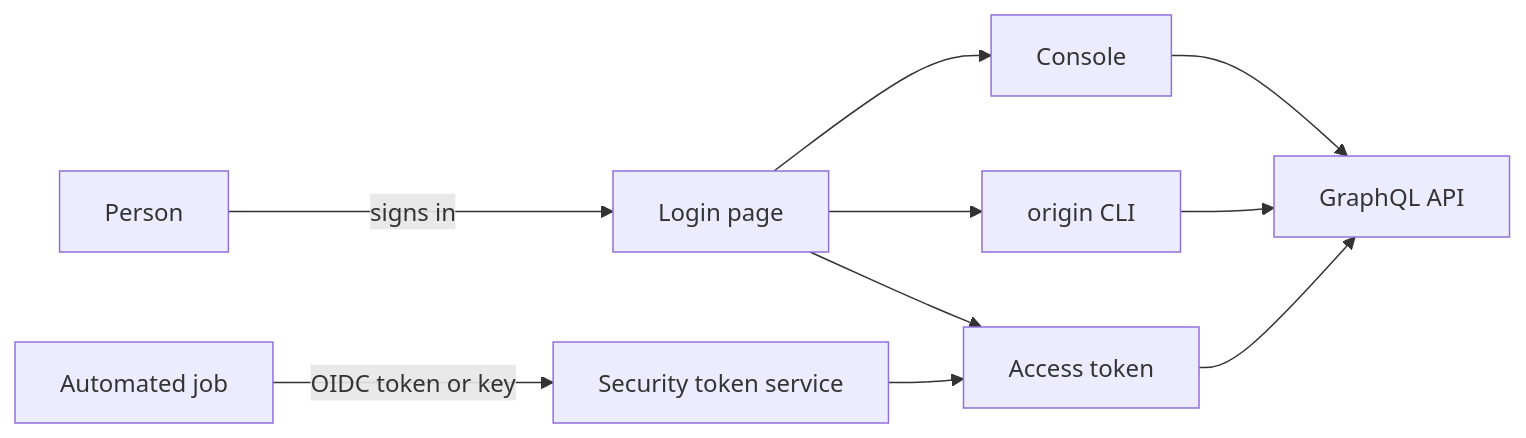
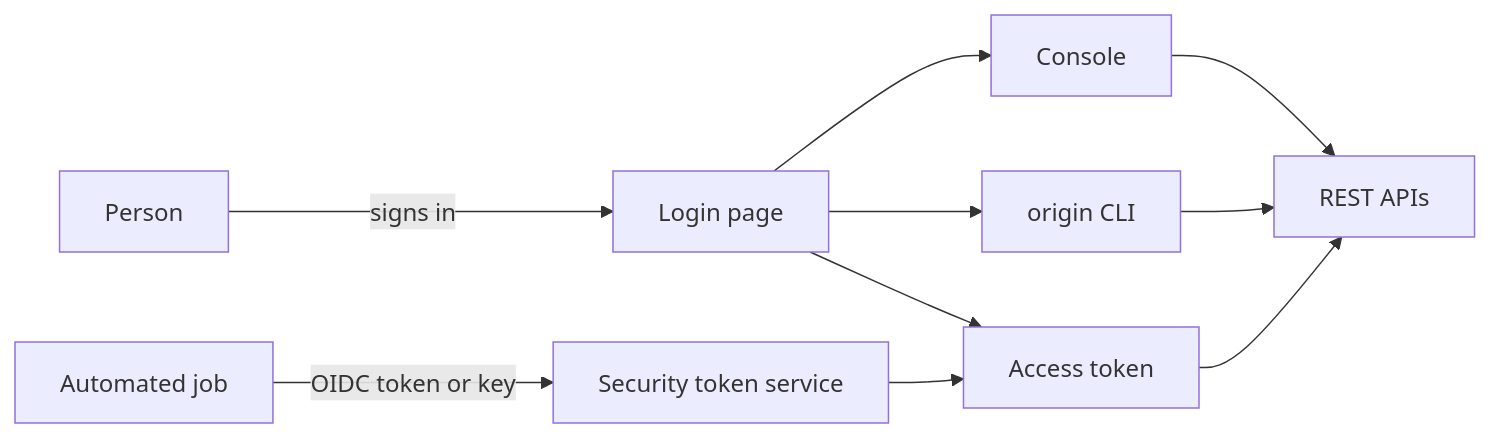
One commit to origincloudhq/docs changed the diagram in docs/platform/access/index.md. Above: the diagram before and after it, drawn with Mermaid. The commit also changed other lines of this file and 100 other files, not shown here.

````diff
--- a/docs/platform/access/index.md
+++ b/docs/platform/access/index.md
@@ -19,14 +19,14 @@
 ```mermaid
 flowchart LR
-  accTitle: Paths to the GraphQL API
-  accDescr: A person signs in on the Origin Cloud login page and then uses the console, the origin CLI or direct API calls with their access token. An automated job exchanges its own OIDC token, or an assertion signed with a service account's key, at the security token service for an access token and calls the API directly. Every path ends at the GraphQL API.
+  accTitle: Paths to the REST APIs
+  accDescr: A person signs in on the Origin Cloud login page and then uses the console, the origin CLI or direct API calls with their access token. An automated job exchanges its own OIDC token, or an assertion signed with a service account's key, at the security token service for an access token and calls the API directly. Every path ends at the REST APIs.
   person[Person] -->|signs in| login[Login page]
   login --> console[Console]
   login --> cli[origin CLI]
   login --> token[Access token]
   job[Automated job] -->|OIDC token or key| sts[Security token service]
   sts --> token
-  console --> api[GraphQL API]
+  console --> api[REST APIs]
   cli --> api
   token --> api
 ```
````
